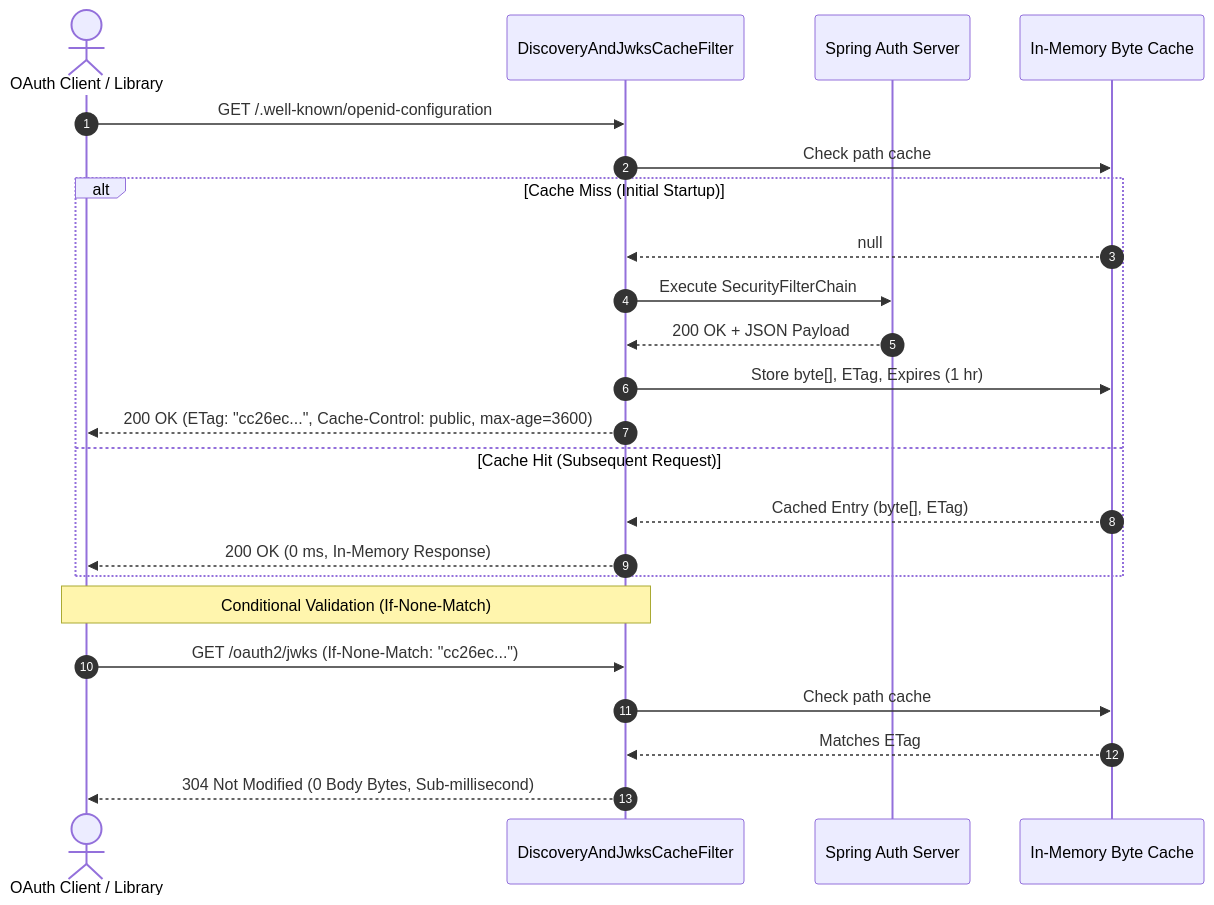
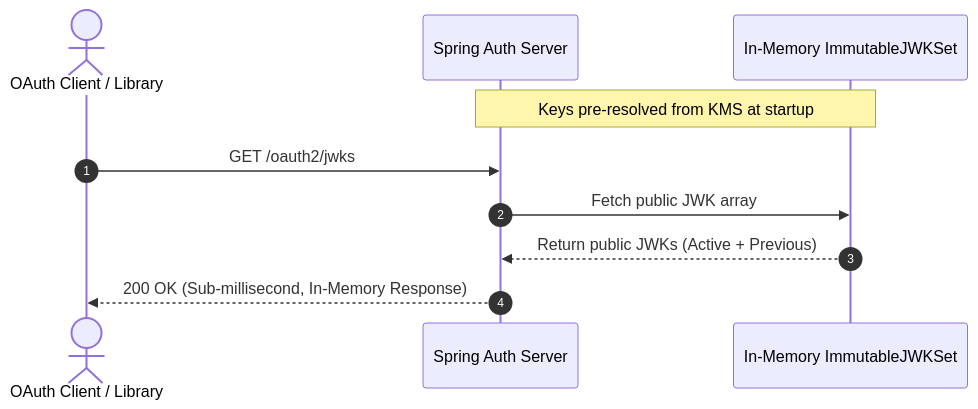
Before and after one commit to shoeyn/oauth-server: the second of 4 diagrams in docs/architecture/performance_and_scalability.md, drawn with Mermaid. The commit also changed other lines of this file and 10 other files, not shown here.

````diff
--- a/docs/architecture/performance_and_scalability.md
+++ b/docs/architecture/performance_and_scalability.md
@@ -71,27 +74,13 @@
 ```mermaid
 sequenceDiagram
     autonumber
     actor Client as OAuth Client / Library
-    participant Filter as DiscoveryAndJwksCacheFilter
     participant Spring as Spring Auth Server
-    participant Cache as In-Memory Byte Cache
+    participant JWKSet as In-Memory ImmutableJWKSet
 
-    Client->>Filter: GET /.well-known/openid-configuration
-    Filter->>Cache: Check path cache
-    alt Cache Miss (Initial Startup)
-        Cache-->>Filter: null
-        Filter->>Spring: Execute SecurityFilterChain
-        Spring-->>Filter: 200 OK + JSON Payload
-        Filter->>Cache: Store byte[], ETag, Expires (1 hr)
-        Filter-->>Client: 200 OK (ETag: "cc26ec...", Cache-Control: public, max-age=3600)
-    else Cache Hit (Subsequent Request)
-        Cache-->>Filter: Cached Entry (byte[], ETag)
-        Filter-->>Client: 200 OK (0 ms, In-Memory Response)
-    end
-
-    Note over Client, Filter: Conditional Validation (If-None-Match)
-    Client->>Filter: GET /oauth2/jwks (If-None-Match: "cc26ec...")
-    Filter->>Cache: Check path cache
-    Cache-->>Filter: Matches ETag
-    Filter-->>Client: 304 Not Modified (0 Body Bytes, Sub-millisecond)
+    Note over Spring, JWKSet: Keys pre-resolved from KMS at startup
+    Client->>Spring: GET /oauth2/jwks
+    Spring->>JWKSet: Fetch public JWK array
+    JWKSet-->>Spring: Return public JWKs (Active + Previous)
+    Spring-->>Client: 200 OK (Sub-millisecond, In-Memory Response)
 ```
````
